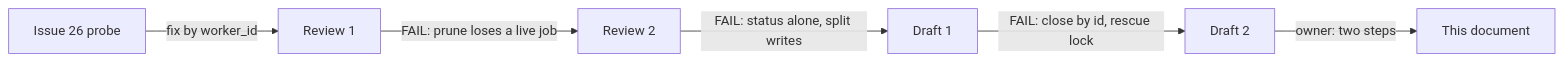
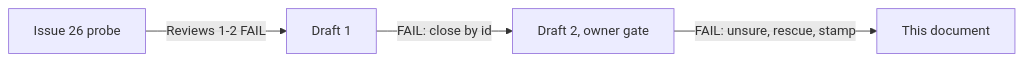
Before and after one commit to mcurcio/photo-wall: the fourth of 4 diagrams in docs/central-delivery-fencing.md, drawn with Mermaid. The commit also changed other lines of this file, not shown here.

First line of the commit message:
docs(design): delivery fencing — round-3 review revisions; amend decision 3

````diff
--- a/docs/central-delivery-fencing.md
+++ b/docs/central-delivery-fencing.md
@@ -208,8 +234,6 @@
 ```mermaid
 graph LR
-  P["Issue 26 probe"] -- "fix by worker_id" --> R1["Review 1"]
-  R1 -- "FAIL: prune loses a live job" --> R2["Review 2"]
-  R2 -- "FAIL: status alone, split writes" --> D1["Draft 1"]
-  D1 -- "FAIL: close by id, rescue lock" --> D2["Draft 2"]
-  D2 -- "owner: two steps" --> D3["This document"]
+  P["Issue 26 probe"] -- "Reviews 1-2 FAIL" --> D1["Draft 1"]
+  D1 -- "FAIL: close by id" --> D2["Draft 2, owner gate"]
+  D2 -- "FAIL: unsure, rescue, stamp" --> D3["This document"]
 ```
````
